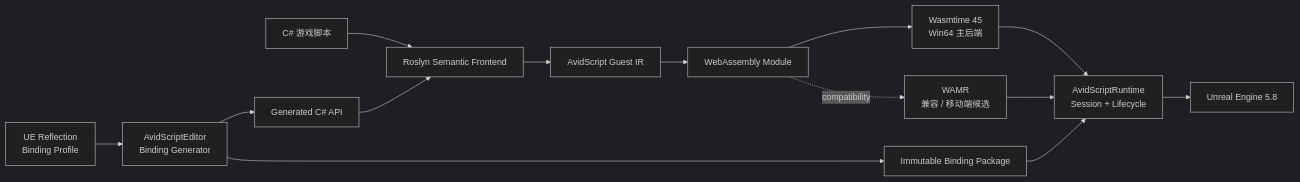
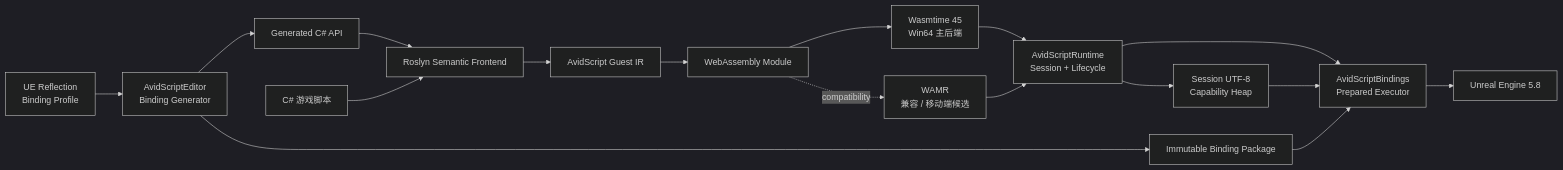
The first of 2 diagrams in README.md (Avidel-zzz/AvidScript), drawn with Mermaid (dark theme) before and after one commit. The commit also changed other lines of this file and 1 other file, not shown here.

````diff
--- a/README.md
+++ b/README.md
@@ -151,18 +204,21 @@
 ```mermaid
 flowchart LR
     Reflection["UE Reflection<br/>Binding Profile"] --> Generator["AvidScriptEditor<br/>Binding Generator"]
     Generator --> API["Generated C# API"]
     Generator --> Package["Immutable Binding Package"]
 
     Script["C# 游戏脚本"] --> Roslyn["Roslyn Semantic Frontend"]
     API --> Roslyn
     Roslyn --> IR["AvidScript Guest IR"]
     IR --> Wasm["WebAssembly Module"]
 
     Wasm --> Wasmtime["Wasmtime 45<br/>Win64 主后端"]
     Wasm -. compatibility .-> WAMR["WAMR<br/>兼容 / 移动端候选"]
     Wasmtime --> Runtime["AvidScriptRuntime<br/>Session + Lifecycle"]
     WAMR --> Runtime
-    Package --> Runtime
-    Runtime --> UE["Unreal Engine 5.8"]
+    Runtime --> Executor["AvidScriptBindings<br/>Prepared Executor"]
+    Runtime --> Heap["Session UTF-8<br/>Capability Heap"]
+    Package --> Executor
+    Heap --> Executor
+    Executor --> UE["Unreal Engine 5.8"]
 ```
````
